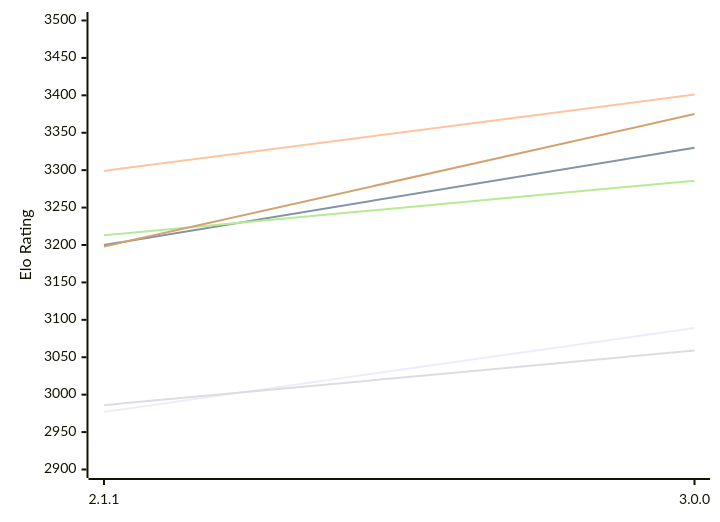
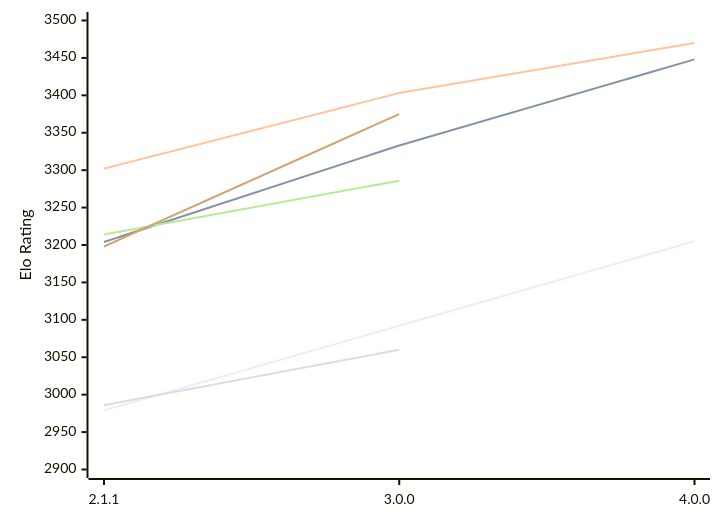
The first of 2 diagrams in engines/Bread.md (computer-chess-index/cci), drawn with Mermaid before and after one commit. The commit also changed other lines of this file, not shown here.

Commit message:
Update CCI Ratings (ELO VLTC) - 2026-11-22

````diff
--- a/engines/Bread.md
+++ b/engines/Bread.md
@@ -51,12 +52,12 @@
 ```mermaid
 %%{init: {"theme":"base","themeVariables":{"seriesColors:['#a3a3a3','#222221','#faa371']}}}%%
 xychart-beta
-  x-axis ["2.1.1", "3.0.0"]
+  x-axis ["2.1.1", "3.0.0", "4.0.0"]
   y-axis "Elo Rating" 2900 --> 3500
-  line "E1: STC (8.0+0.08s)" [2977, 3089]
-  line "E1: LTC (60.0+0.60s)" [3200, 3330]
-  line "E1: VLTC (2m24s+1.12s)" [3299, 3401]
-  line "P1: STC (8.0+0.08s)" [2986, 3059]
-  line "P1: LTC (60.0+0.60s)" [3213, 3286]
+  line "E1: STC (8.0+0.08s)" [2979, 3092, 3205]
+  line "E1: LTC (60.0+0.60s)" [3204, 3333, 3448]
+  line "E1: VLTC (2m24s+1.12s)" [3302, 3403, 3470]
+  line "P1: STC (8.0+0.08s)" [2986, 3060]
+  line "P1: LTC (60.0+0.60s)" [3214, 3286]
   line "P1: VLTC (2m24s+1.12s)" [3198, 3375]
 ```
````
